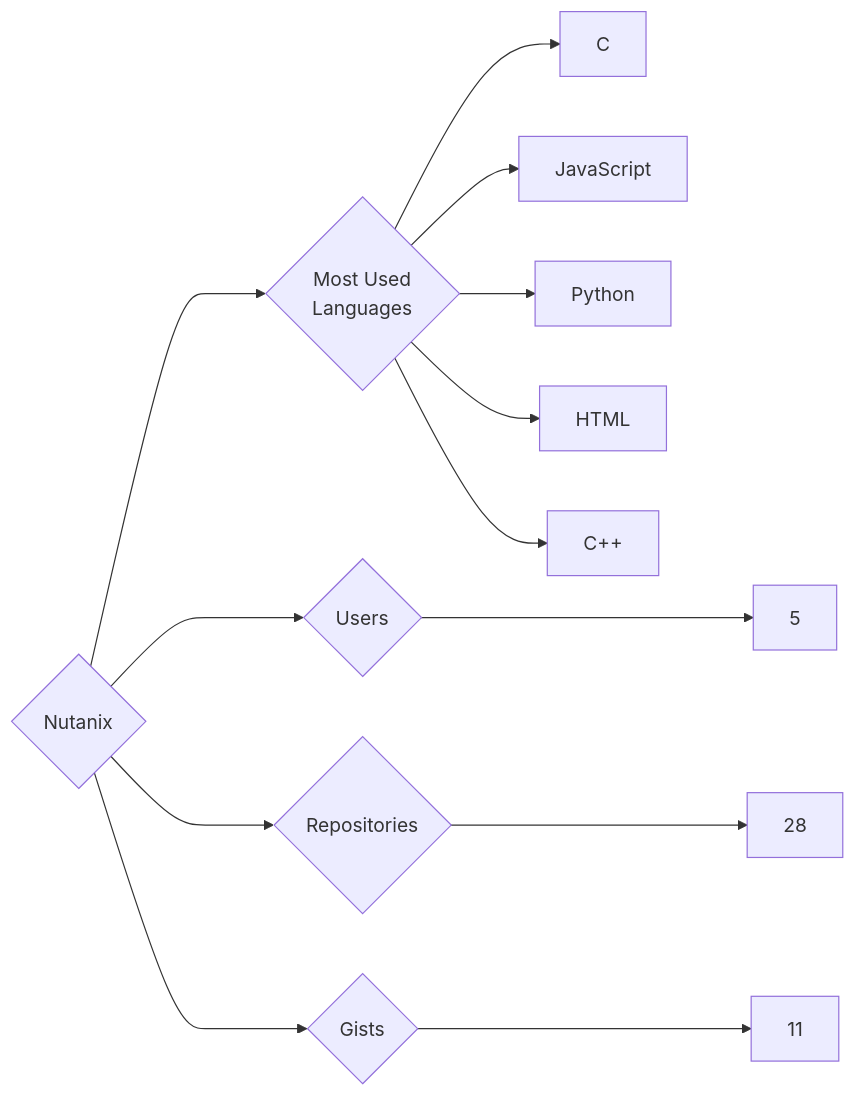
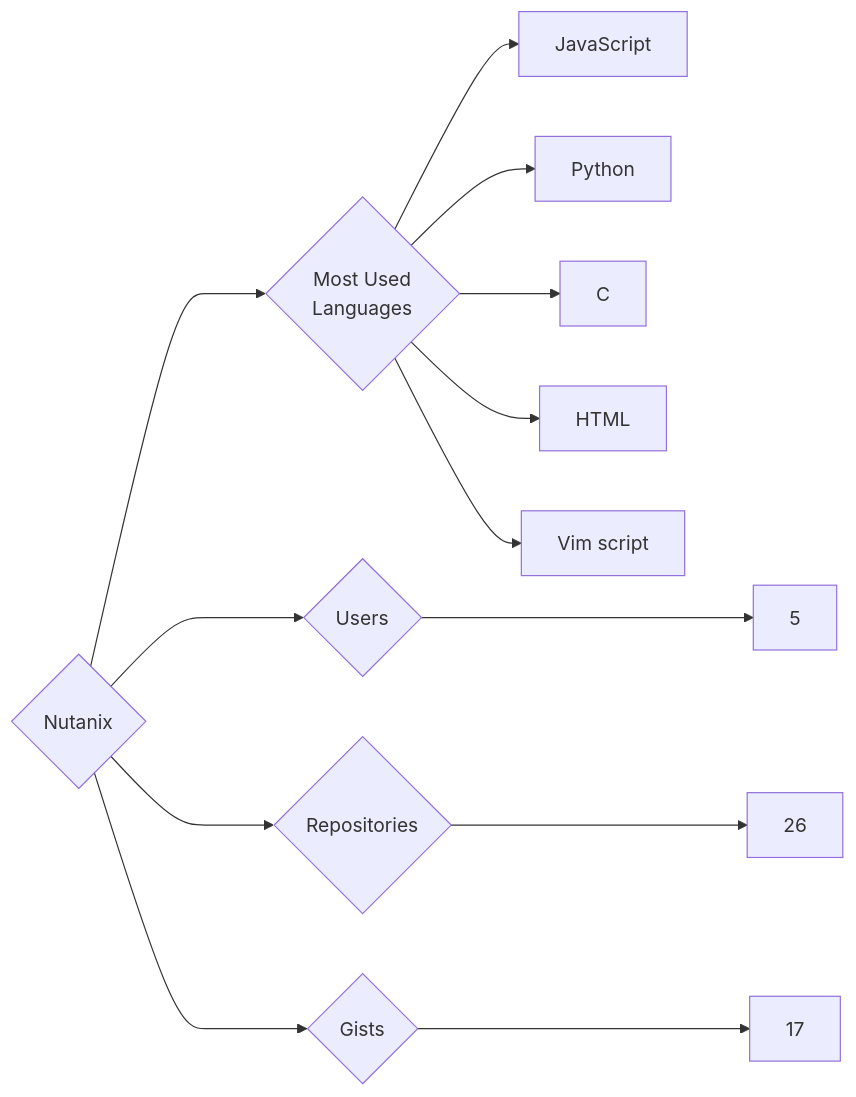
The diagram in targets/Nutanix/README.md (trickest/insiders), drawn with Mermaid before and after one commit. The commit also changed 970 other files, not shown here.

````diff
--- a/targets/Nutanix/README.md
+++ b/targets/Nutanix/README.md
@@ -3,13 +3,13 @@
 ```mermaid
 graph LR
 COMPANY_NAME{Nutanix}
 COMPANY_NAME ---> U{Users} ---> UN[5]
-COMPANY_NAME ---> R{Repositories} ---> RN[28]
-COMPANY_NAME ---> G{Gists} ---> GN[11]
+COMPANY_NAME ---> R{Repositories} ---> RN[26]
+COMPANY_NAME ---> G{Gists} ---> GN[17]
 COMPANY_NAME ---> ML{Most Used<br>Languages}
-ML --> C[C]
 ML --> JavaScript[JavaScript]
 ML --> Python[Python]
+ML --> C[C]
 ML --> HTML[HTML]
-ML --> C++[C++]
+ML --> Vim_script[Vim script]
 ```
````
